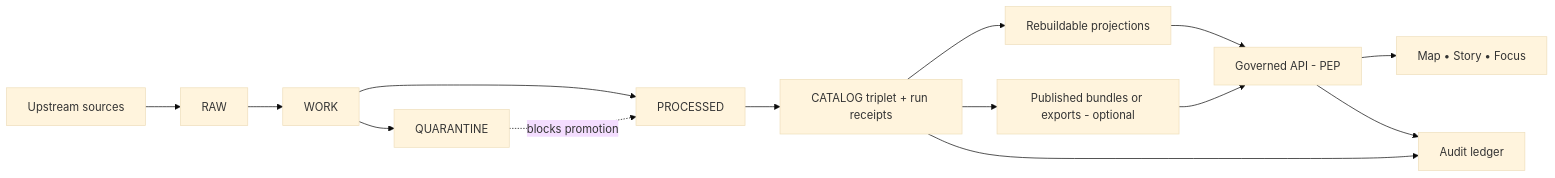
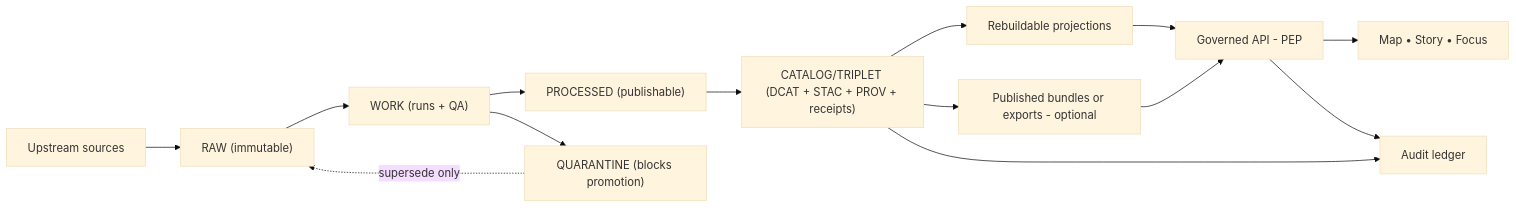
Before and after one commit to bartytime4life/Kansas-Frontier-Matrix: the diagram in data/README.md, drawn with Mermaid (base theme). The commit also changed other lines of this file, not shown here.

````diff
--- a/data/README.md
+++ b/data/README.md
@@ -201,20 +241,20 @@
 ```mermaid
 flowchart LR
-  U["Upstream sources"] --> R["RAW"]
-  R --> W["WORK"]
-  W --> P["PROCESSED"]
-  P --> C["CATALOG triplet + run receipts"]
+  U["Upstream sources"] --> R["RAW (immutable)"]
+  R --> W["WORK (runs + QA)"]
+  W --> P["PROCESSED (publishable)"]
+  P --> C["CATALOG/TRIPLET (DCAT + STAC + PROV + receipts)"]
 
-  W --> Q["QUARANTINE"]
-  Q -.->|blocks promotion| P
+  W --> Q["QUARANTINE (blocks promotion)"]
+  Q -.->|supersede only| R
 
   C --> IDX["Rebuildable projections"]
   C --> PB["Published bundles or exports - optional"]
 
   IDX --> API["Governed API - PEP"]
   PB --> API
   API --> UI["Map • Story • Focus"]
 
   C --> AUD["Audit ledger"]
   API --> AUD
 ```
````
